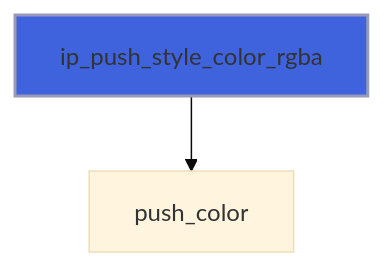
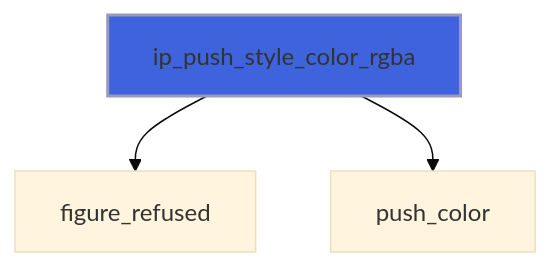
Diagram 15 of 44 in docs/api/src/lib/figure_style.md (szaghi/figure), drawn with Mermaid (base theme) before and after one commit. The commit also changed other lines of this file and 10 other files, not shown here.

````diff
--- a/docs/api/src/lib/figure_style.md
+++ b/docs/api/src/lib/figure_style.md
@@ -504,5 +535,6 @@
 ```mermaid
 flowchart TD
+  ip_push_style_color_rgba["ip_push_style_color_rgba"] --> figure_refused["figure_refused"]
   ip_push_style_color_rgba["ip_push_style_color_rgba"] --> push_color["push_color"]
   style ip_push_style_color_rgba fill:#3e63dd,stroke:#99b,stroke-width:2px
 ```
````
